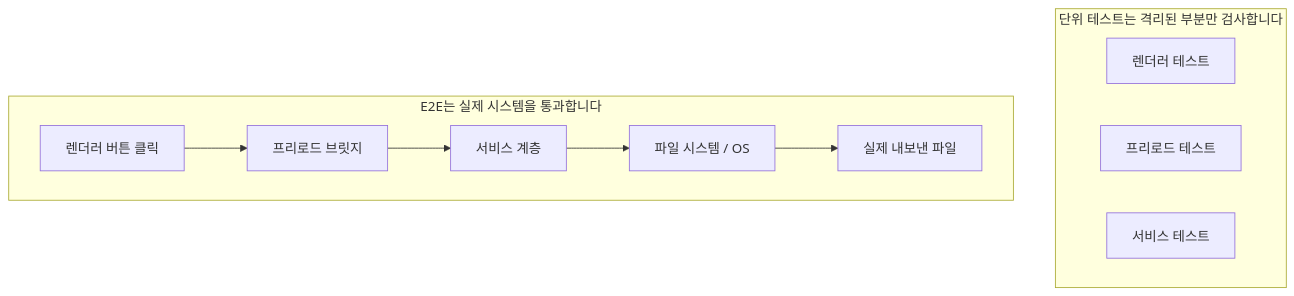
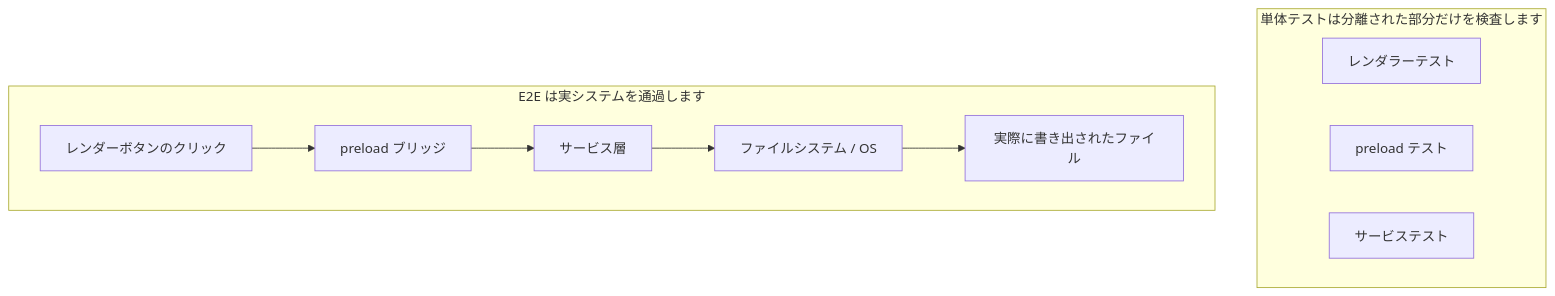
One commit to mkusaka/learn-harness-engineering changed the first of 2 diagrams in docs/ko/lectures/lecture-10-why-end-to-end-testing-changes-results/index.md. Above: the diagram before and after it, drawn with Mermaid. The commit also changed other lines of this file and 571 other files, not shown here.

````diff
--- a/docs/ko/lectures/lecture-10-why-end-to-end-testing-changes-results/index.md
+++ b/docs/ko/lectures/lecture-10-why-end-to-end-testing-changes-results/index.md
@@ -36,15 +36,15 @@
 ```mermaid
 flowchart TB
-    subgraph Unit["단위 테스트는 격리된 부분만 검사합니다"]
-    U1["렌더러 테스트"]
-    U2["프리로드 테스트"]
-    U3["서비스 테스트"]
+    subgraph Unit["単体テストは分離された部分だけを検査します"]
+    U1["レンダラーテスト"]
+    U2["preload テスト"]
+    U3["サービステスト"]
     end
 
-    subgraph E2E["E2E는 실제 시스템을 통과합니다"]
-    R["렌더러 버튼 클릭"] --> P["프리로드 브릿지"]
-    P --> S["서비스 계층"]
-    S --> F["파일 시스템 / OS"]
-    F --> Result["실제 내보낸 파일"]
+    subgraph E2E["E2E は実システムを通過します"]
+    R["レンダーボタンのクリック"] --> P["preload ブリッジ"]
+    P --> S["サービス層"]
+    S --> F["ファイルシステム / OS"]
+    F --> Result["実際に書き出されたファイル"]
     end
 ```
````
